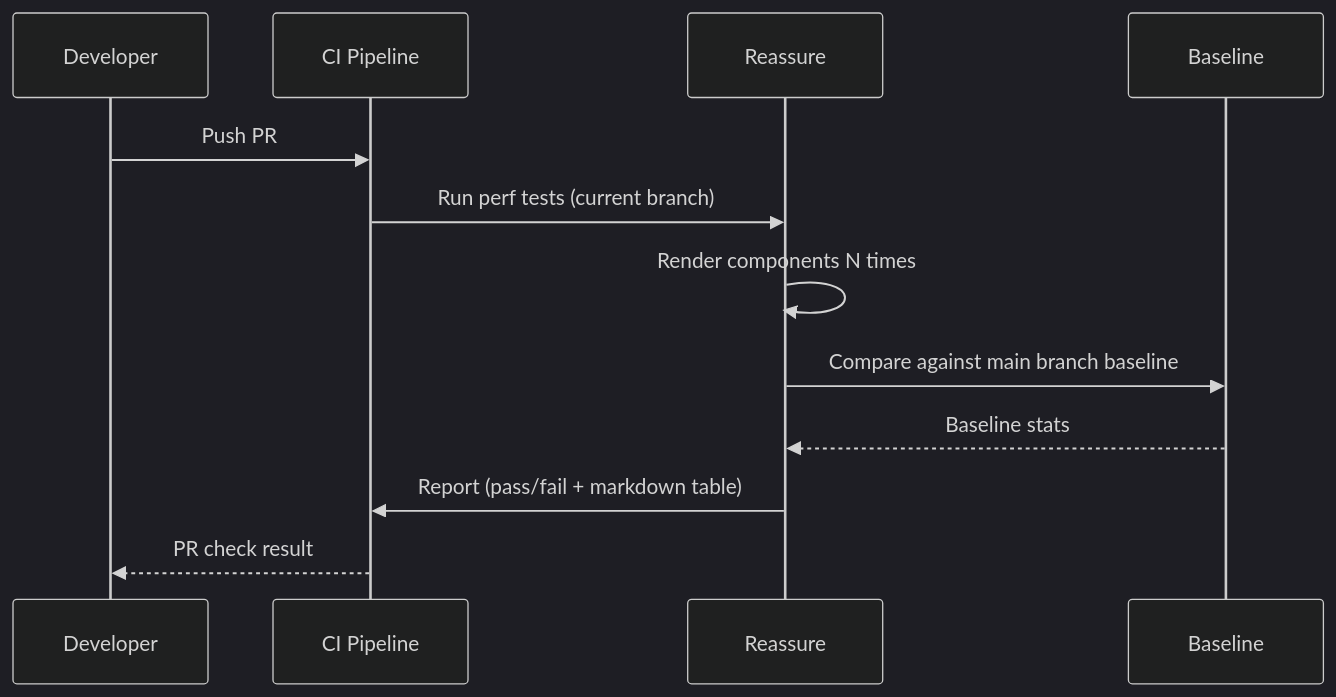
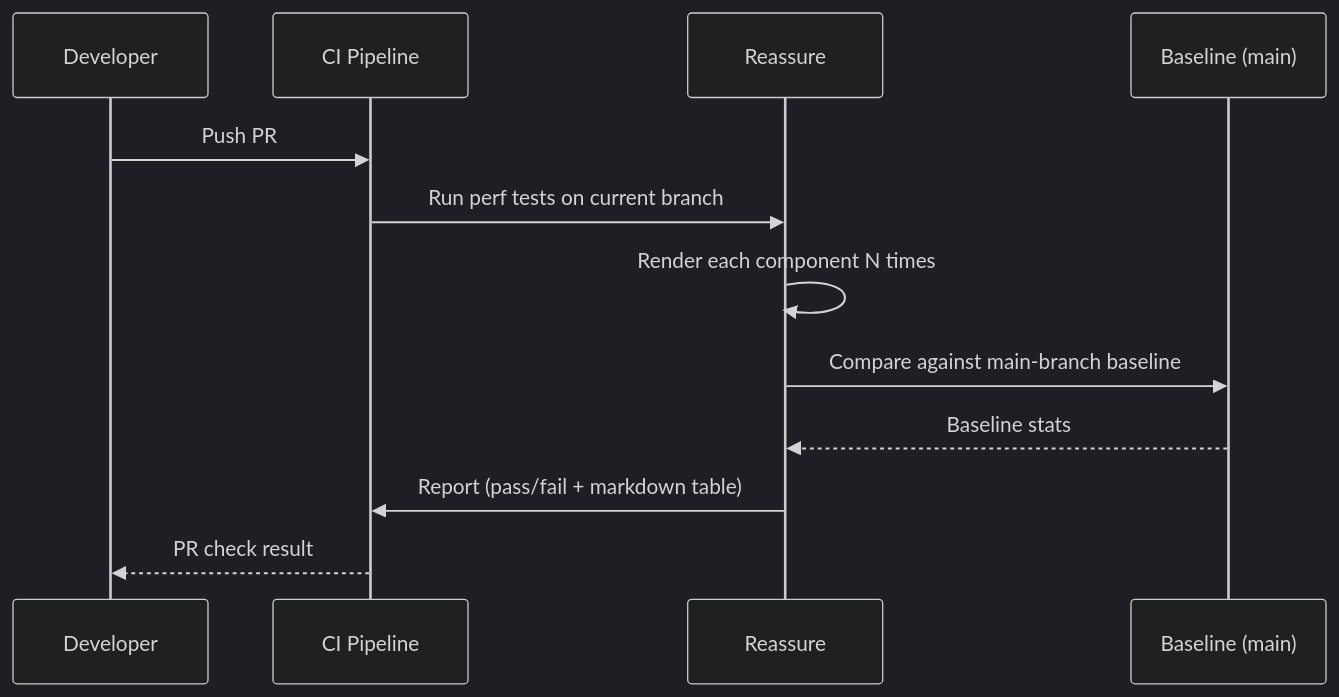
One commit to BabaScience/react-guides changed the ninth of 9 diagrams in arguments/chapters/rn-16-testing.md. Above: the diagram before and after it, drawn with Mermaid (dark theme). The commit also changed other lines of this file and 63 other files, not shown here.

First line of the commit message:
Enrich React Native roadmap with deeper content, visuals, and FR/IT translations

````diff
--- a/arguments/chapters/rn-16-testing.md
+++ b/arguments/chapters/rn-16-testing.md
@@ -435,15 +569,15 @@
 ```mermaid
 sequenceDiagram
     participant Dev as Developer
     participant CI as CI Pipeline
     participant R as Reassure
-    participant B as Baseline
+    participant B as Baseline (main)
 
     Dev->>CI: Push PR
-    CI->>R: Run perf tests (current branch)
-    R->>R: Render components N times
-    R->>B: Compare against main branch baseline
+    CI->>R: Run perf tests on current branch
+    R->>R: Render each component N times
+    R->>B: Compare against main-branch baseline
     B-->>R: Baseline stats
     R->>CI: Report (pass/fail + markdown table)
     CI-->>Dev: PR check result
 ```
````
